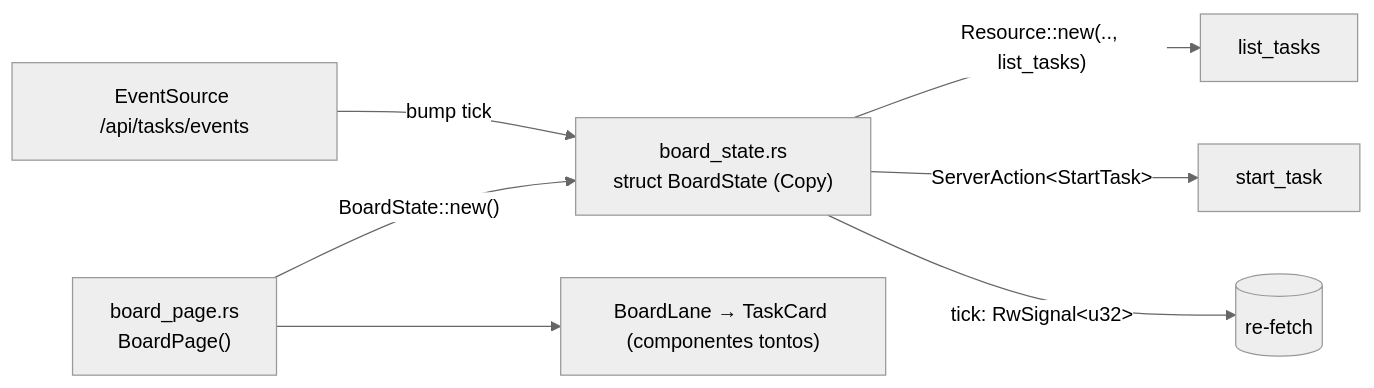
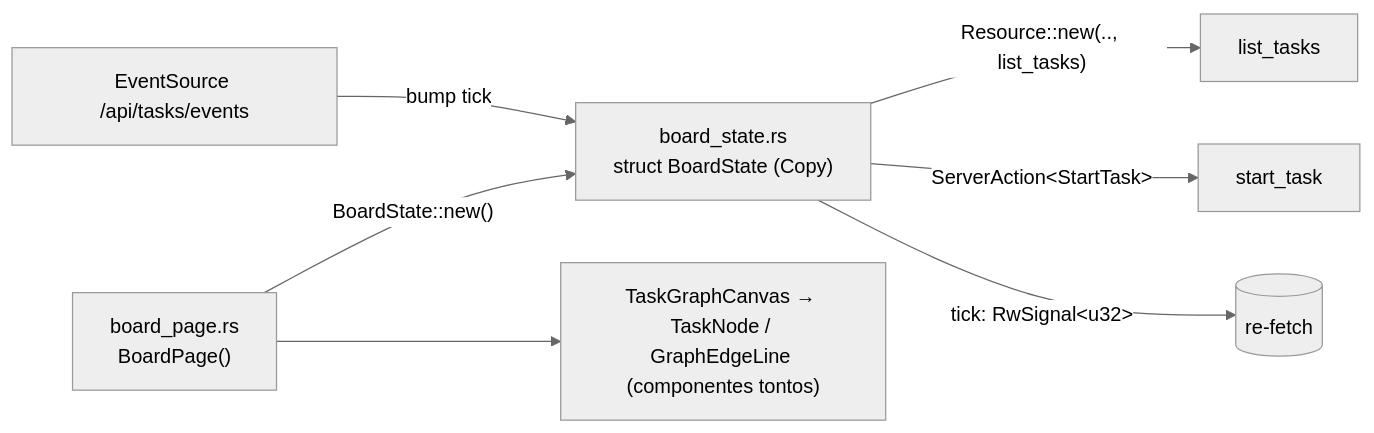
One commit to plopezm/iworkflow changed diagram 11 of 12 in ARCHITECTURE.es.md. Above: the diagram before and after it, drawn with Mermaid (neutral theme). The commit also changed other lines of this file and 6 other files, not shown here.

````diff
--- a/ARCHITECTURE.es.md
+++ b/ARCHITECTURE.es.md
@@ -900,9 +900,9 @@
 ```mermaid
 flowchart LR
     P["board_page.rs<br/>BoardPage()"] -- "BoardState::new()" --> S["board_state.rs<br/>struct BoardState (Copy)"]
     S -- "Resource::new(.., list_tasks)" --> SF1[list_tasks]
     S -- "ServerAction&lt;StartTask&gt;" --> SF2[start_task]
     S -- "tick: RwSignal&lt;u32&gt;" --> R[(re-fetch)]
     SSE["EventSource /api/tasks/events"] -- "bump tick" --> S
-    P --> C["BoardLane → TaskCard (componentes tontos)"]
+    P --> C["TaskGraphCanvas → TaskNode / GraphEdgeLine (componentes tontos)"]
 ```
````
